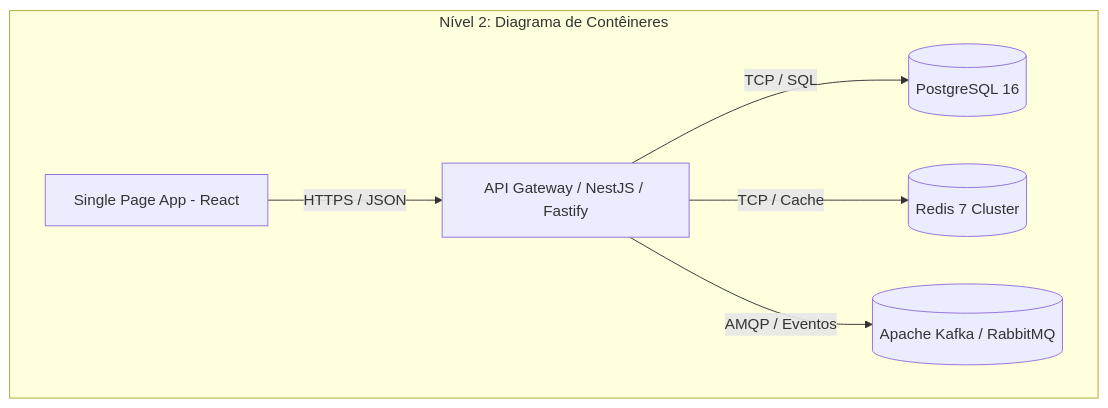
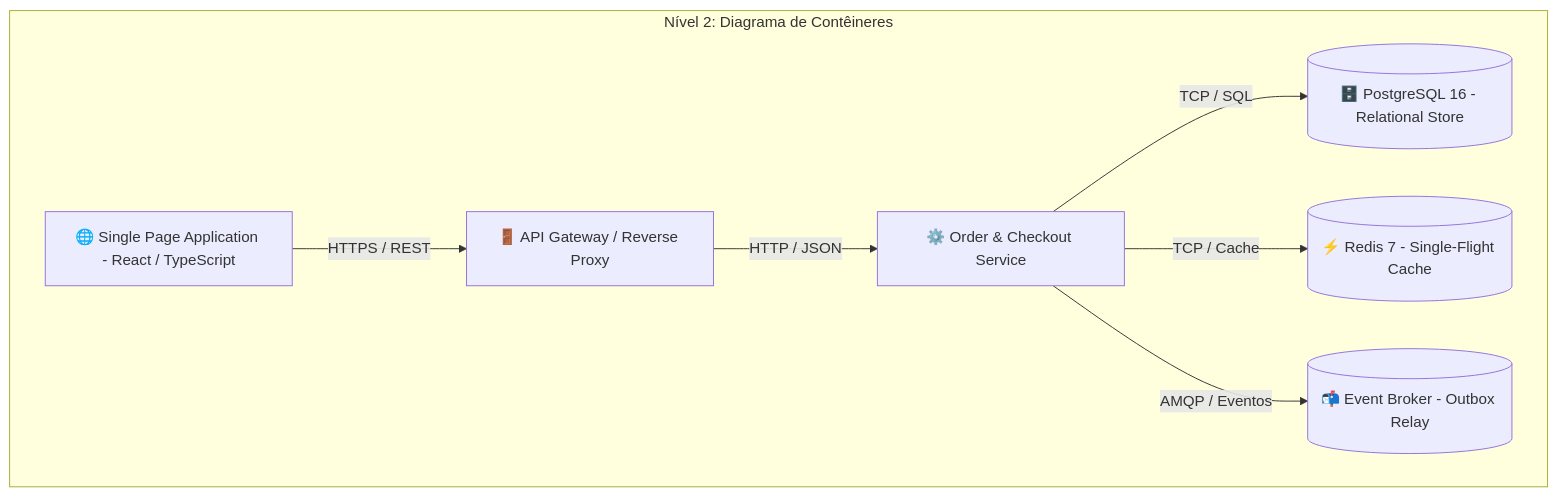
One commit to andermoreira/arch-lab changed the second of 3 diagrams in docs/reference/00-architect-role-and-c4-model.md. Above: the diagram before and after it, drawn with Mermaid. The commit also changed other lines of this file and 17 other files, not shown here.

````diff
--- a/docs/reference/00-architect-role-and-c4-model.md
+++ b/docs/reference/00-architect-role-and-c4-model.md
@@ -24,9 +25,10 @@
 ```mermaid
 graph TD
     subgraph Level_2 [Nível 2: Diagrama de Contêineres]
-        SPA[Single Page App - React] -->|HTTPS / JSON| API[API Gateway / NestJS / Fastify]
-        API -->|TCP / SQL| DB[(PostgreSQL 16)]
-        API -->|TCP / Cache| REDIS[(Redis 7 Cluster)]
-        API -->|AMQP / Eventos| KAFKA[(Apache Kafka / RabbitMQ)]
+        SPA[🌐 Single Page Application - React / TypeScript] -->|HTTPS / REST| Gateway[🚪 API Gateway / Reverse Proxy]
+        Gateway -->|HTTP / JSON| OrderSvc[⚙️ Order & Checkout Service]
+        OrderSvc -->|TCP / SQL| DB[(🗄️ PostgreSQL 16 - Relational Store)]
+        OrderSvc -->|TCP / Cache| Redis[(⚡ Redis 7 - Single-Flight Cache)]
+        OrderSvc -->|AMQP / Eventos| Broker[(📬 Event Broker - Outbox Relay)]
     end
 ```
````
